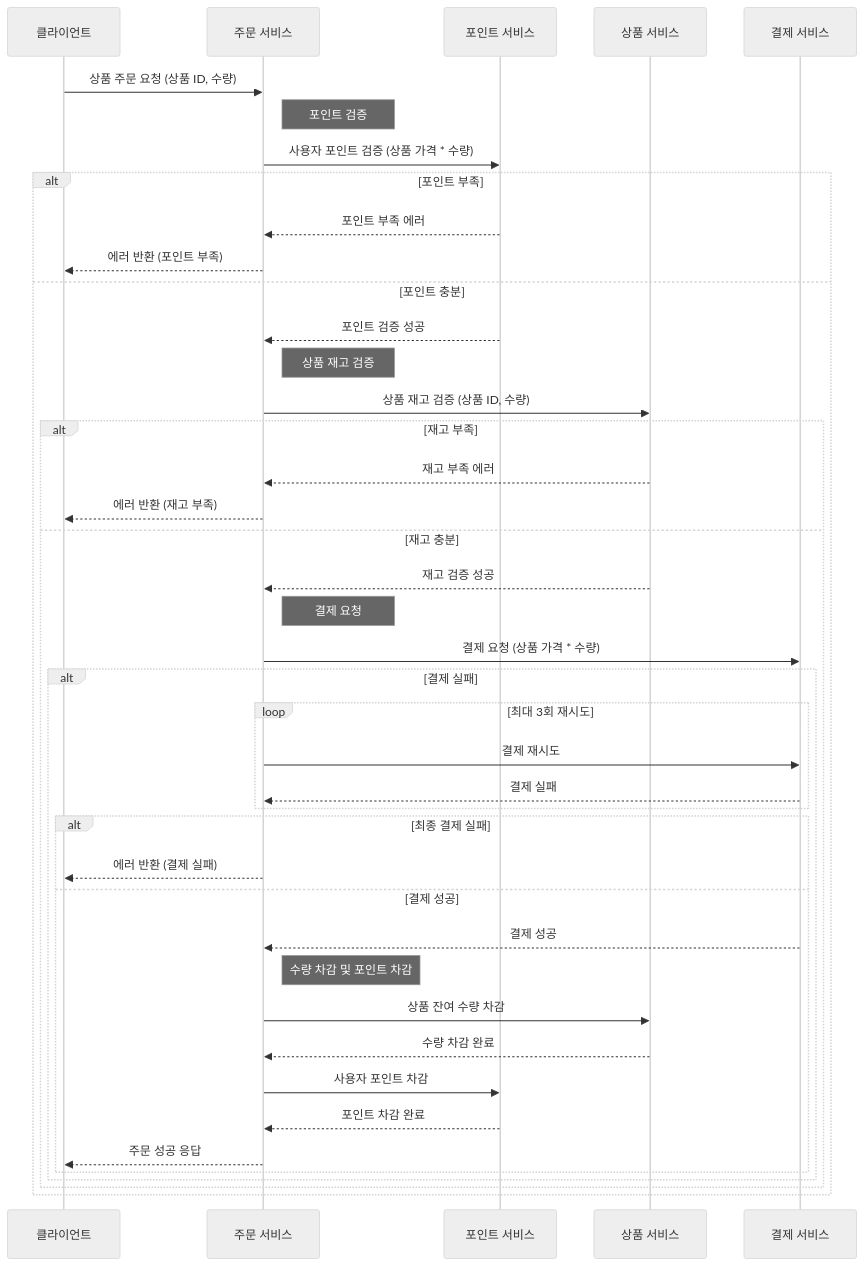
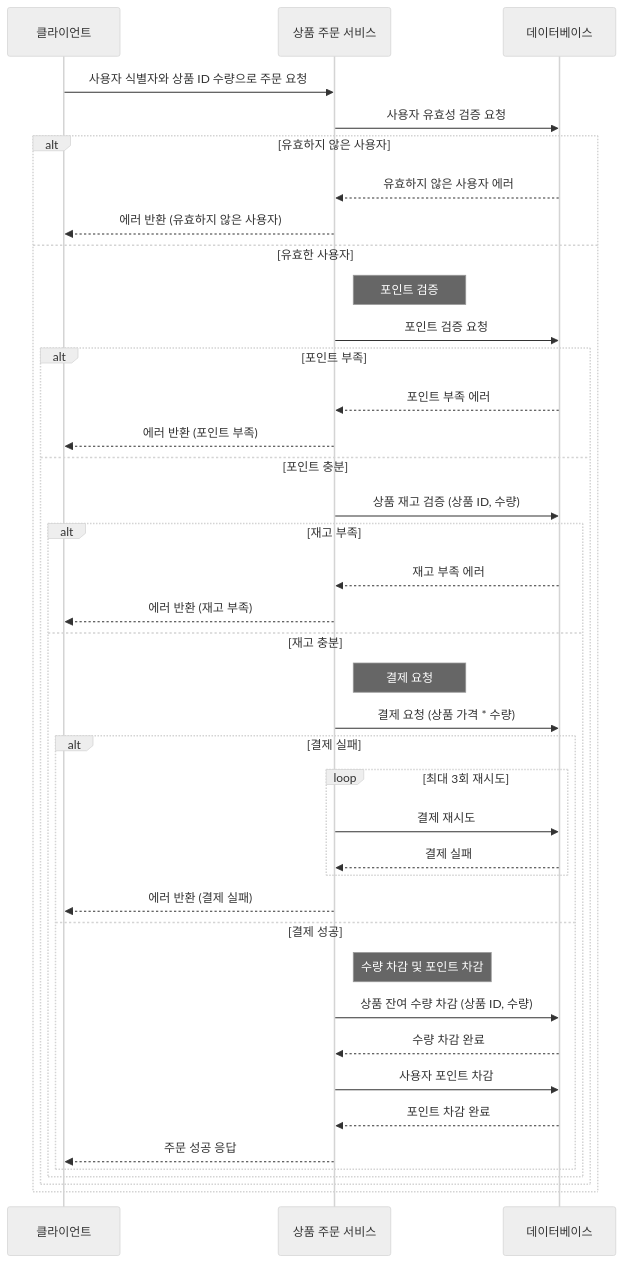
Before and after one commit to anniemon/e-commerce: the fourth of 8 diagrams in readme.md, drawn with Mermaid (neutral theme). The commit also changed other lines of this file, not shown here.

Commit message:
장바구니 시퀀스 다이어그램 추가, jwt 관련 로직 제거, 상품 주문 추상화

````diff
--- a/readme.md
+++ b/readme.md
@@ -73,51 +79,45 @@
 ```mermaid
 sequenceDiagram
     participant Client as 클라이언트
-    participant OrderService as 주문 서비스
-    participant PointService as 포인트 서비스
-    participant ProductService as 상품 서비스
-    participant PaymentService as 결제 서비스
-
-    Client->>OrderService: 상품 주문 요청 (상품 ID, 수량)
+    participant OrderService as 상품 주문 서비스
+    participant DB as 데이터베이스
     
-    Note right of OrderService: 포인트 검증
-    OrderService->>PointService: 사용자 포인트 검증 (상품 가격 * 수량)
-    alt 포인트 부족
-        PointService-->>OrderService: 포인트 부족 에러
-        OrderService-->>Client: 에러 반환 (포인트 부족)
-    else 포인트 충분
-        PointService-->>OrderService: 포인트 검증 성공
-    
-        Note right of OrderService: 상품 재고 검증
-        OrderService->>ProductService: 상품 재고 검증 (상품 ID, 수량)
-        alt 재고 부족
-            ProductService-->>OrderService: 재고 부족 에러
-            OrderService-->>Client: 에러 반환 (재고 부족)
-        else 재고 충분
-            ProductService-->>OrderService: 재고 검증 성공
-
-            Note right of OrderService: 결제 요청
-            OrderService->>PaymentService: 결제 요청 (상품 가격 * 수량)
-            alt 결제 실패
-                loop 최대 3회 재시도
-                    OrderService->>PaymentService: 결제 재시도
-                    PaymentService-->>OrderService: 결제 실패
-                end
-                alt 최종 결제 실패
+    Client->>OrderService: 사용자 식별자와 상품 ID 수량으로 주문 요청
+    OrderService->>DB: 사용자 유효성 검증 요청
+    alt 유효하지 않은 사용자
+        DB-->>OrderService: 유효하지 않은 사용자 에러
+        OrderService-->>Client: 에러 반환 (유효하지 않은 사용자)
+    else 유효한 사용자
+        Note right of OrderService: 포인트 검증
+        OrderService->>DB: 포인트 검증 요청
+        alt 포인트 부족
+            DB-->>OrderService: 포인트 부족 에러
+            OrderService-->>Client: 에러 반환 (포인트 부족)
+        else 포인트 충분
+            OrderService->>DB: 상품 재고 검증 (상품 ID, 수량)
+            alt 재고 부족
+                DB-->>OrderService: 재고 부족 에러
+                OrderService-->>Client: 에러 반환 (재고 부족)
+            else 재고 충분
+                Note right of OrderService: 결제 요청
+                OrderService->>DB: 결제 요청 (상품 가격 * 수량)
+                alt 결제 실패
+                    loop 최대 3회 재시도
+                        OrderService->>DB: 결제 재시도
+                        DB-->>OrderService: 결제 실패
+                    end
                     OrderService-->>Client: 에러 반환 (결제 실패)
                 else 결제 성공
-                    PaymentService-->>OrderService: 결제 성공
                     Note right of OrderService: 수량 차감 및 포인트 차감
-                    OrderService->>ProductService: 상품 잔여 수량 차감
-                    ProductService-->>OrderService: 수량 차감 완료
+                    OrderService->>DB: 상품 잔여 수량 차감 (상품 ID, 수량)
+                    DB-->>OrderService: 수량 차감 완료
 
-                    OrderService->>PointService: 사용자 포인트 차감
-                    PointService-->>OrderService: 포인트 차감 완료
+                    OrderService->>DB: 사용자 포인트 차감
+                    DB-->>OrderService: 포인트 차감 완료
 
                     OrderService-->>Client: 주문 성공 응답
                 end
             end
         end
     end
-
 ```
````
